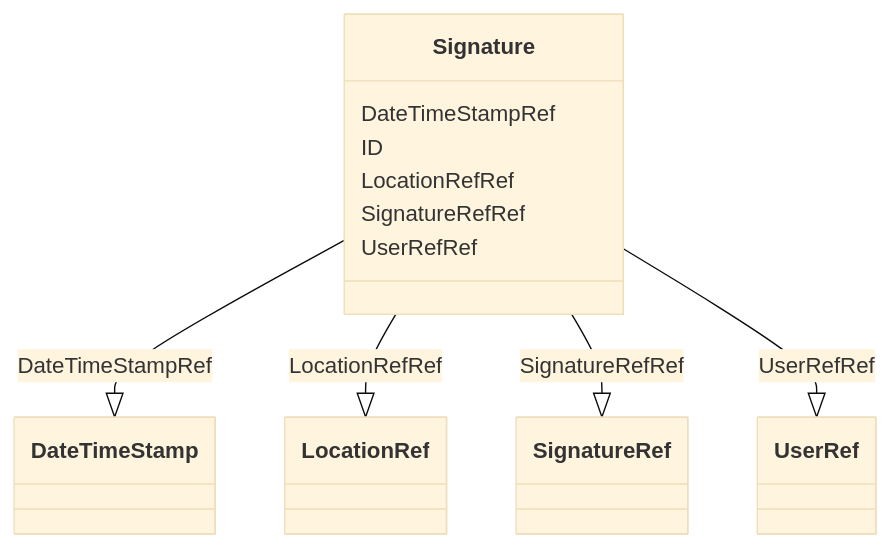
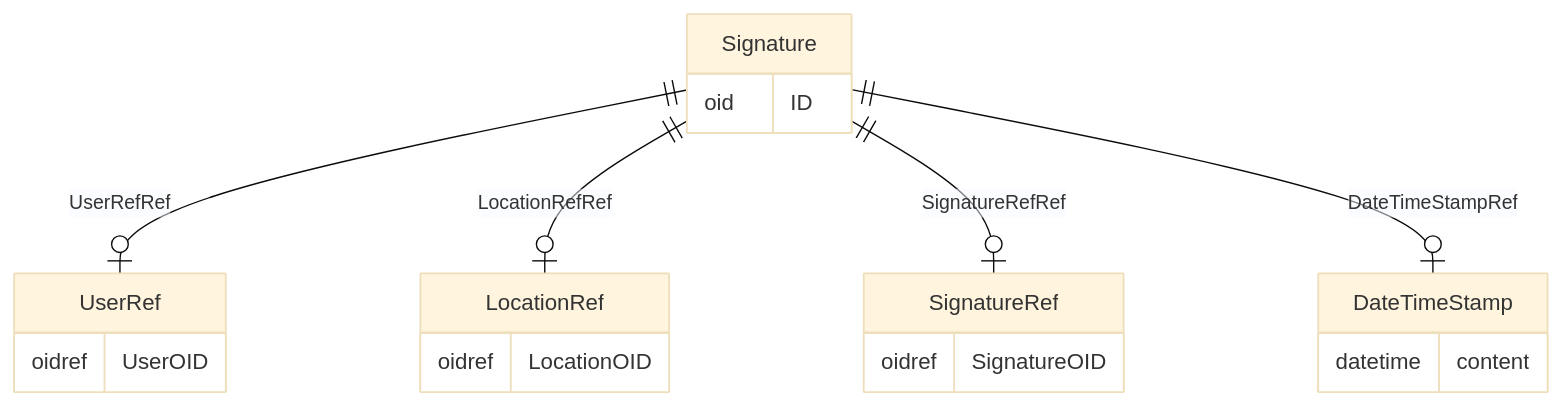
Before and after one commit to cdisc-org/DataExchange-ODM-LinkML: the diagram in docs/Signature.md, drawn with Mermaid (base theme). The commit also changed other lines of this file and 181 other files, not shown here.

Commit message:
ER diagrams working via templates and removing names with underscores

````diff
--- a/docs/Signature.md
+++ b/docs/Signature.md
@@ -14,23 +11,24 @@
 ```mermaid
- classDiagram
-    class Signature
-      Signature : DateTimeStampRef
-        
-          Signature --|> DateTimeStamp : DateTimeStampRef
-        
-      Signature : ID
-        
-      Signature : LocationRefRef
-        
-          Signature --|> LocationRef : LocationRefRef
-        
-      Signature : SignatureRefRef
-        
-          Signature --|> SignatureRef : SignatureRefRef
-        
-      Signature : UserRefRef
-        
-          Signature --|> UserRef : UserRefRef
-        
-      
+erDiagram
+Signature {
+    oid ID  
+}
+DateTimeStamp {
+    datetime content  
+}
+SignatureRef {
+    oidref SignatureOID  
+}
+LocationRef {
+    oidref LocationOID  
+}
+UserRef {
+    oidref UserOID  
+}
+
+Signature ||--|o UserRef : "UserRefRef"
+Signature ||--|o LocationRef : "LocationRefRef"
+Signature ||--|o SignatureRef : "SignatureRefRef"
+Signature ||--|o DateTimeStamp : "DateTimeStampRef"
+
 ```
````
